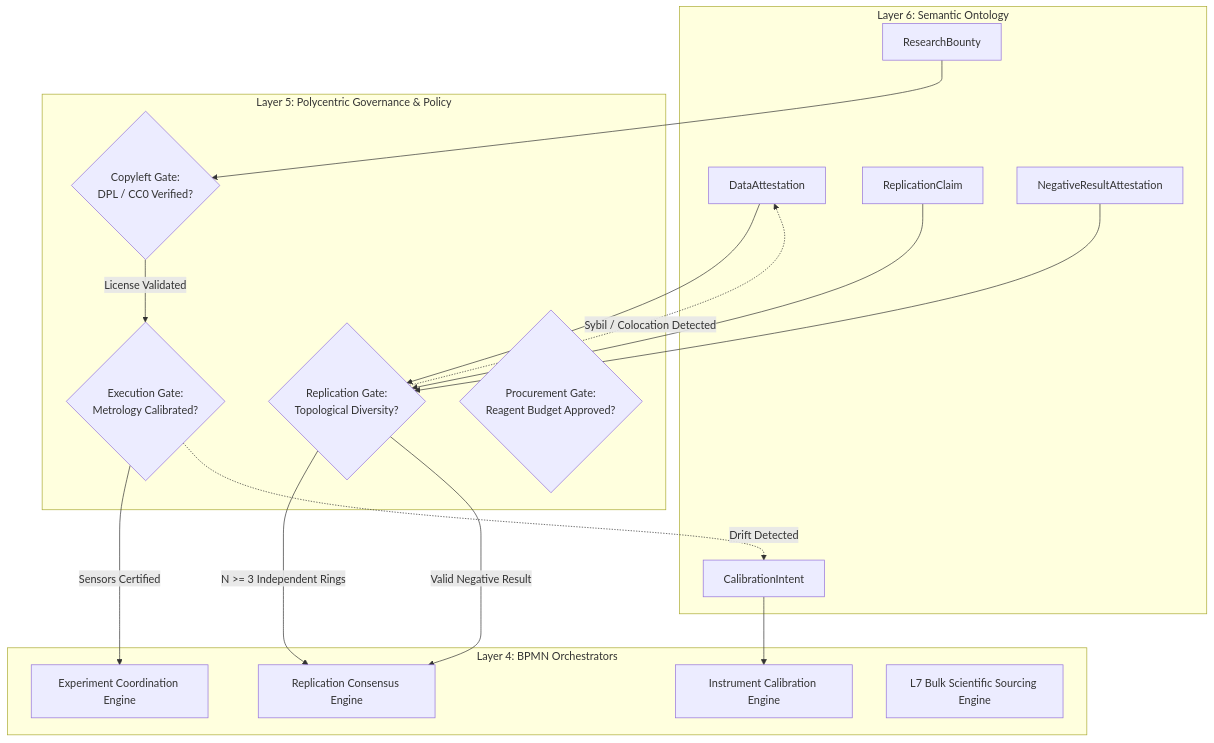
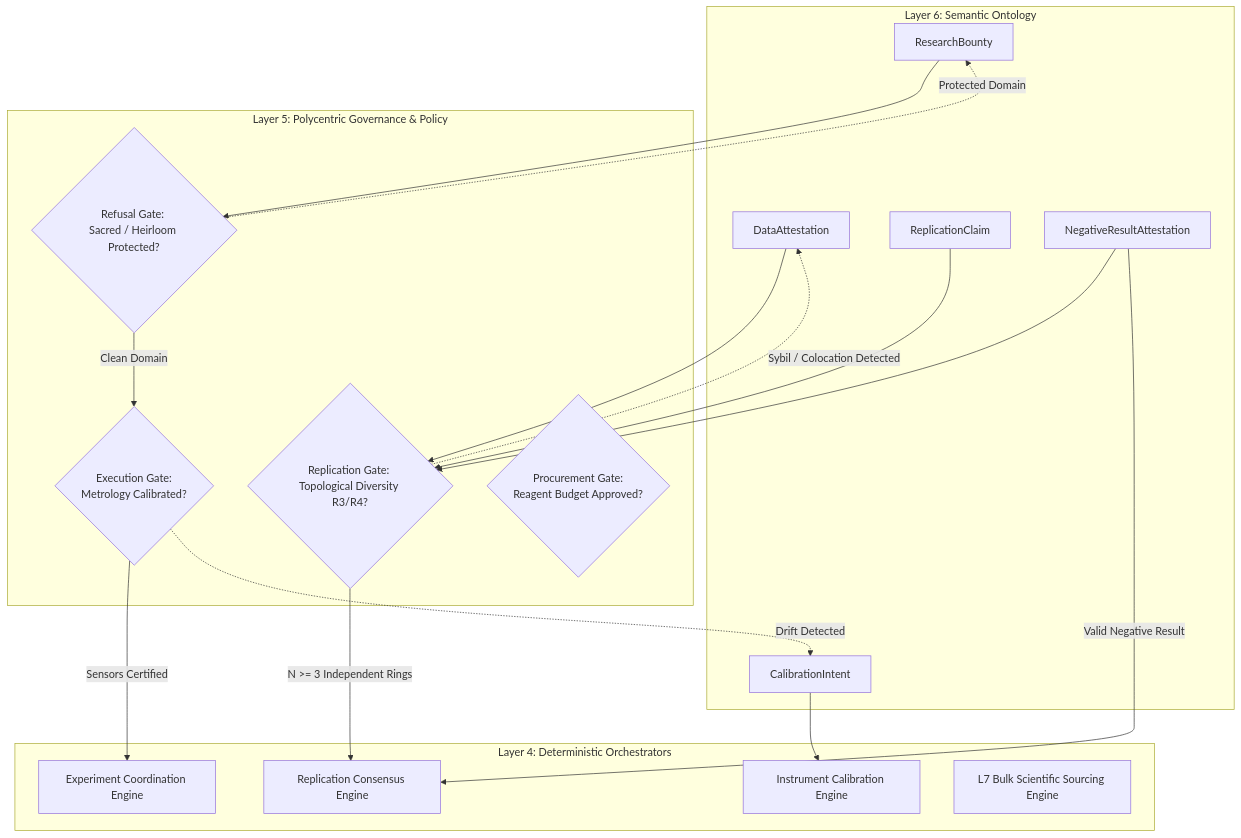
Before and after one commit to raffaine/collective: the third of 4 diagrams in docs/scenarios/iota_epistemic.md, drawn with Mermaid. The commit also changed other lines of this file and 23 other files, not shown here.

````diff
--- a/docs/scenarios/iota_epistemic.md
+++ b/docs/scenarios/iota_epistemic.md
@@ -111,40 +150,41 @@
 ```mermaid
 graph TD
     subgraph Layer 6: Semantic Ontology
         L6_Bounty[ResearchBounty]
         L6_Data[DataAttestation]
         L6_Repl[ReplicationClaim]
         L6_Neg[NegativeResultAttestation]
         L6_Calib[CalibrationIntent]
     end
 
     subgraph Layer 5: Polycentric Governance & Policy
         P_Exec{Execution Gate: <br>Metrology Calibrated?}
-        P_Sybil{Replication Gate: <br>Topological Diversity?}
-        P_Legal{Copyleft Gate: <br>DPL / CC0 Verified?}
+        P_Sybil{Replication Gate: <br>Topological Diversity R3/R4?}
+        P_Refusal{Refusal Gate: <br>Sacred / Heirloom Protected?}
         P_Proc{Procurement Gate: <br>Reagent Budget Approved?}
     end
 
-    subgraph Layer 4: BPMN Orchestrators
+    subgraph Layer 4: Deterministic Orchestrators
         BPMN_Exp[Experiment Coordination Engine]
         BPMN_Peer[Replication Consensus Engine]
         BPMN_Calib[Instrument Calibration Engine]
         BPMN_Buy[L7 Bulk Scientific Sourcing Engine]
     end
 
     %% Routing
-    L6_Bounty --> P_Legal
-    P_Legal -->|License Validated| P_Exec
+    L6_Bounty --> P_Refusal
+    P_Refusal -->|Clean Domain| P_Exec
+    P_Refusal -.->|Protected Domain| L6_Bounty
     P_Exec -->|Sensors Certified| BPMN_Exp
     P_Exec -.->|Drift Detected| L6_Calib
 
     L6_Data --> P_Sybil
     L6_Repl --> P_Sybil
     P_Sybil -->|N >= 3 Independent Rings| BPMN_Peer
     P_Sybil -.->|Sybil / Colocation Detected| L6_Data
 
     L6_Neg --> P_Sybil
-    P_Sybil -->|Valid Negative Result| BPMN_Peer
+    L6_Neg -->|Valid Negative Result| BPMN_Peer
 
     L6_Calib --> BPMN_Calib
 ```
````
